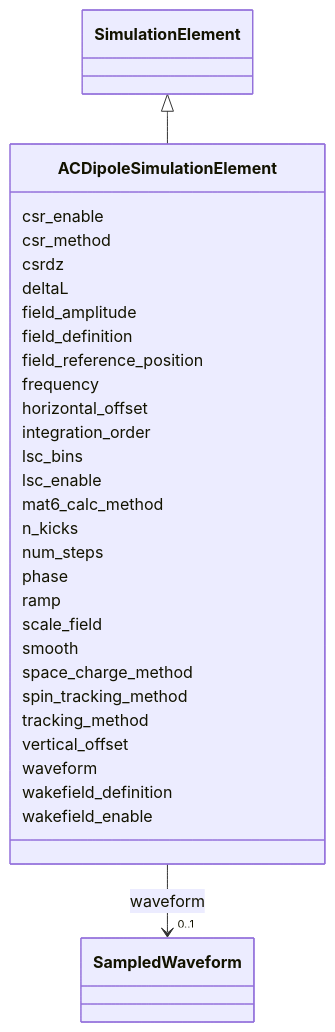
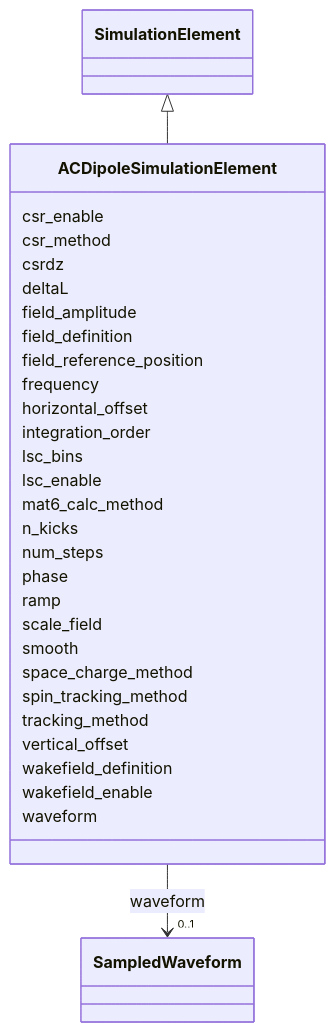
One commit to astec-stfc/laura changed the diagram in docs/source/schema/ACDipoleSimulationElement.md. Above: the diagram before and after it, drawn with Mermaid. The commit also changed other lines of this file and 67 other files, not shown here.

Commit message:
aperture size now named consistently in schema, plus offsets added; all codes do apertures self-consistently

````diff
--- a/docs/source/schema/ACDipoleSimulationElement.md
+++ b/docs/source/schema/ACDipoleSimulationElement.md
@@ -18,68 +18,70 @@
 ```mermaid
  classDiagram
     class ACDipoleSimulationElement
     click ACDipoleSimulationElement href "../ACDipoleSimulationElement/"
       SimulationElement <|-- ACDipoleSimulationElement
         click SimulationElement href "../SimulationElement/"
       
       ACDipoleSimulationElement : csr_enable
         
       ACDipoleSimulationElement : csr_method
         
       ACDipoleSimulationElement : csrdz
         
       ACDipoleSimulationElement : deltaL
         
       ACDipoleSimulationElement : field_amplitude
         
       ACDipoleSimulationElement : field_definition
         
       ACDipoleSimulationElement : field_reference_position
         
       ACDipoleSimulationElement : frequency
         
       ACDipoleSimulationElement : horizontal_offset
         
       ACDipoleSimulationElement : integration_order
         
       ACDipoleSimulationElement : lsc_bins
         
       ACDipoleSimulationElement : lsc_enable
         
       ACDipoleSimulationElement : mat6_calc_method
         
       ACDipoleSimulationElement : n_kicks
         
       ACDipoleSimulationElement : num_steps
         
       ACDipoleSimulationElement : phase
         
       ACDipoleSimulationElement : ramp
         
       ACDipoleSimulationElement : scale_field
         
       ACDipoleSimulationElement : smooth
         
       ACDipoleSimulationElement : space_charge_method
         
       ACDipoleSimulationElement : spin_tracking_method
         
       ACDipoleSimulationElement : tracking_method
         
       ACDipoleSimulationElement : vertical_offset
         
+      ACDipoleSimulationElement : wakefield_definition
+        
+      ACDipoleSimulationElement : wakefield_enable
+        
       ACDipoleSimulationElement : waveform
         
           
     
+        
+        
+        ACDipoleSimulationElement --> "0..1" SampledWaveform : waveform
+        click SampledWaveform href "../SampledWaveform/"
     
-    ACDipoleSimulationElement --> "0..1" SampledWaveform : waveform
-    click SampledWaveform href "../SampledWaveform/"
 
-        
-      ACDipoleSimulationElement : wakefield_definition
-        
-      ACDipoleSimulationElement : wakefield_enable
         
       
 ```
````
